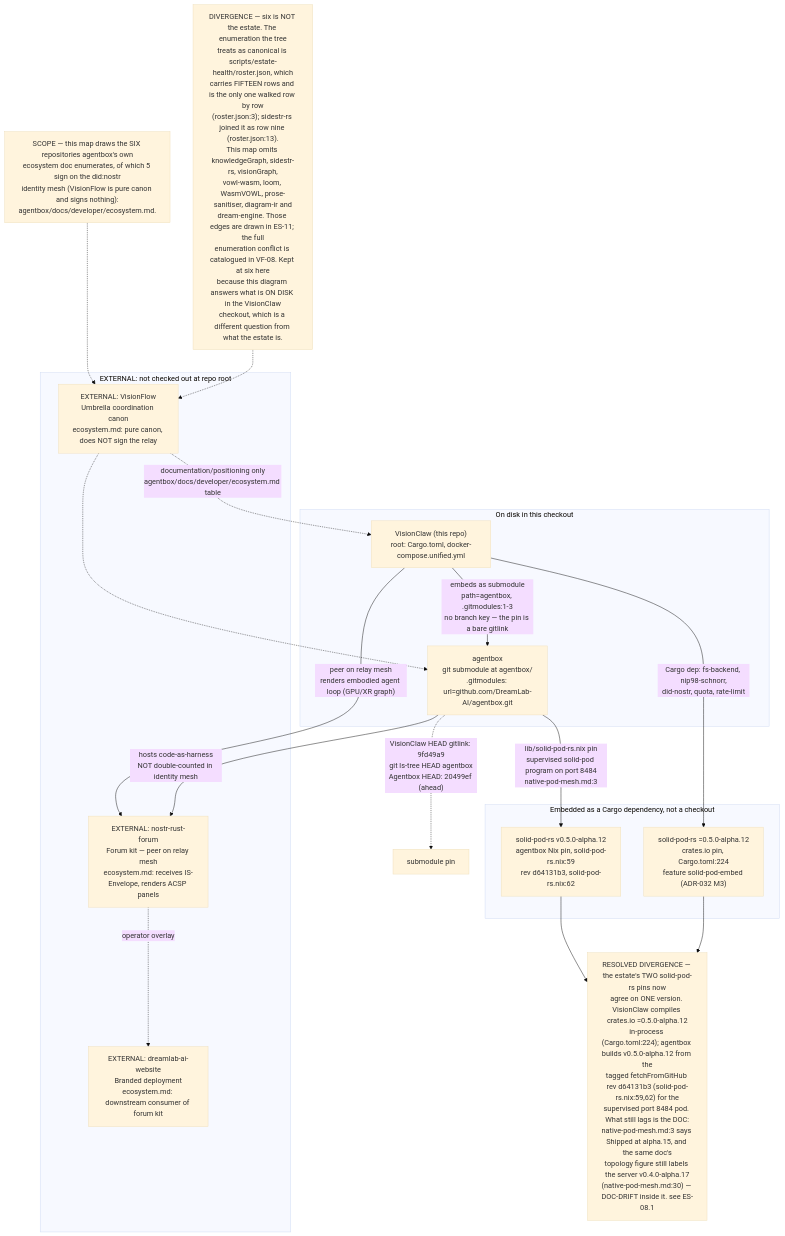
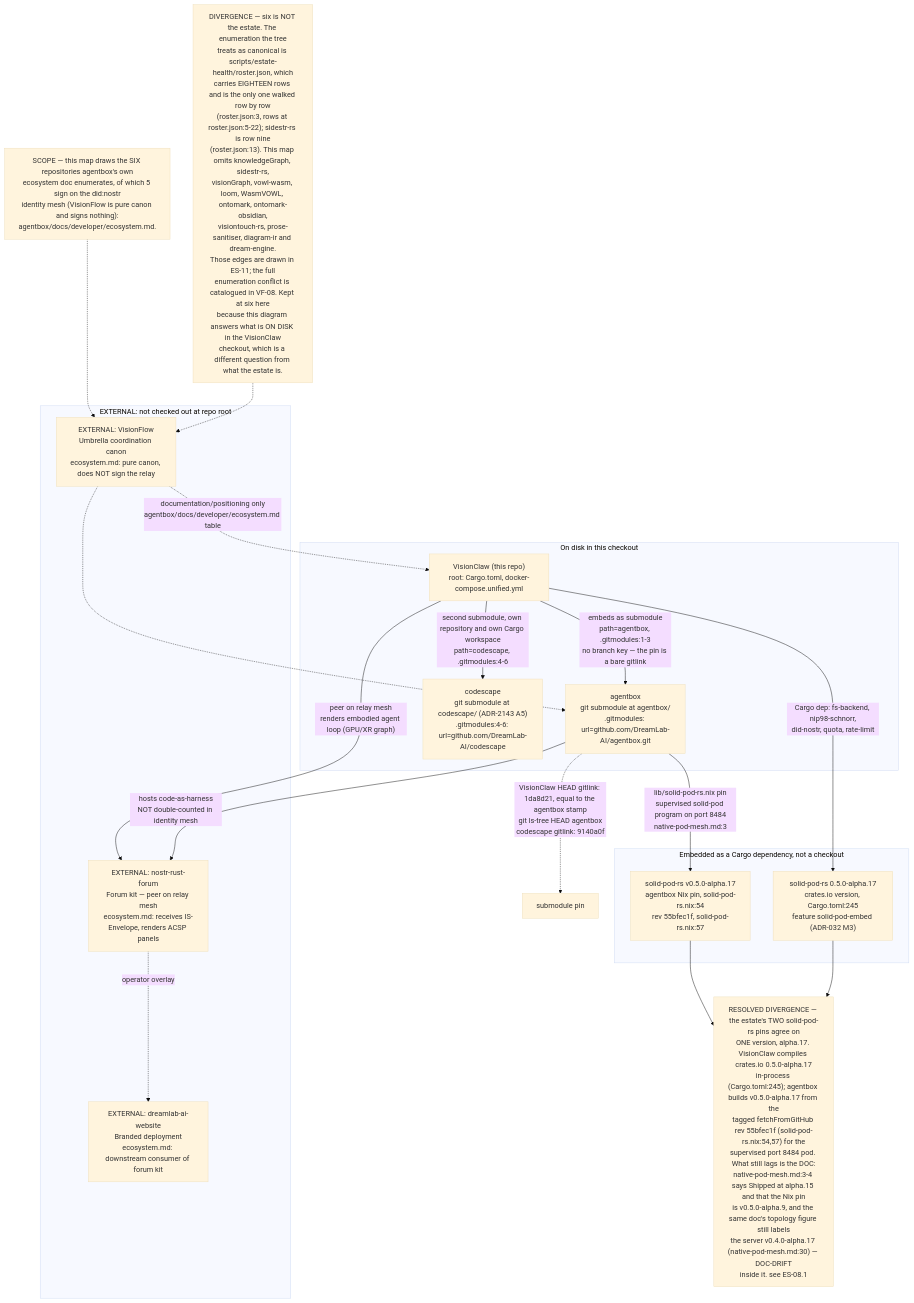
One commit to DreamLab-AI/VisionFlow changed the first of 8 diagrams in docs/diagrams/estate/01-estate-topology.md. Above: the diagram before and after it, drawn with Mermaid (base theme). The commit also changed other lines of this file and 160 other files, not shown here.

````diff
--- a/docs/diagrams/estate/01-estate-topology.md
+++ b/docs/diagrams/estate/01-estate-topology.md
@@ -55,36 +60,38 @@
 ```mermaid
 flowchart TB
     subgraph ONDISK["On disk in this checkout"]
         VC["VisionClaw (this repo)<br/>root: Cargo.toml, docker-compose.unified.yml"]
         AB["agentbox<br/>git submodule at agentbox/<br/>.gitmodules: url=github.com/DreamLab-AI/agentbox.git"]
+        CS["codescape<br/>git submodule at codescape/ (ADR-2143 A5)<br/>.gitmodules:4-6: url=github.com/DreamLab-AI/codescape"]
     end
     VC -->|"embeds as submodule<br/>path=agentbox, .gitmodules:1-3<br/>no branch key — the pin is a bare gitlink"| AB
-    AB -.->|"VisionClaw HEAD gitlink: 9fd49a9<br/>git ls-tree HEAD agentbox<br/>Agentbox HEAD: 20499ef (ahead)"| ABPIN["submodule pin"]
+    VC -->|"second submodule, own repository and own Cargo workspace<br/>path=codescape, .gitmodules:4-6"| CS
+    AB -.->|"VisionClaw HEAD gitlink: 1da8d21, equal to the agentbox stamp<br/>git ls-tree HEAD agentbox<br/>codescape gitlink: 9140a0f"| ABPIN["submodule pin"]
 
     subgraph CRATE["Embedded as a Cargo dependency, not a checkout"]
-        SPR["solid-pod-rs =0.5.0-alpha.12<br/>crates.io pin, Cargo.toml:224<br/>feature solid-pod-embed (ADR-032 M3)"]
-        SPRN["solid-pod-rs v0.5.0-alpha.12<br/>agentbox Nix pin, solid-pod-rs.nix:59<br/>rev d64131b3, solid-pod-rs.nix:62"]
+        SPR["solid-pod-rs 0.5.0-alpha.17<br/>crates.io version, Cargo.toml:245<br/>feature solid-pod-embed (ADR-032 M3)"]
+        SPRN["solid-pod-rs v0.5.0-alpha.17<br/>agentbox Nix pin, solid-pod-rs.nix:54<br/>rev 55bfec1f, solid-pod-rs.nix:57"]
     end
     VC -->|"Cargo dep: fs-backend, nip98-schnorr,<br/>did-nostr, quota, rate-limit"| SPR
     AB -->|"lib/solid-pod-rs.nix pin<br/>supervised solid-pod program on port 8484<br/>native-pod-mesh.md:3"| SPRN
 
-    DIVSP["RESOLVED DIVERGENCE — the estate's TWO solid-pod-rs pins now<br/>agree on ONE version. VisionClaw compiles crates.io =0.5.0-alpha.12<br/>in-process (Cargo.toml:224); agentbox builds v0.5.0-alpha.12 from the<br/>tagged fetchFromGitHub rev d64131b3 (solid-pod-rs.nix:59,62) for the<br/>supervised port 8484 pod. What still lags is the DOC:<br/>native-pod-mesh.md:3 says Shipped at alpha.15, and the same doc's<br/>topology figure still labels the server v0.4.0-alpha.17<br/>(native-pod-mesh.md:30) — DOC-DRIFT inside it. see ES-08.1"]
+    DIVSP["RESOLVED DIVERGENCE — the estate's TWO solid-pod-rs pins agree on<br/>ONE version, alpha.17. VisionClaw compiles crates.io 0.5.0-alpha.17<br/>in-process (Cargo.toml:245); agentbox builds v0.5.0-alpha.17 from the<br/>tagged fetchFromGitHub rev 55bfec1f (solid-pod-rs.nix:54,57) for the<br/>supervised port 8484 pod. What still lags is the DOC:<br/>native-pod-mesh.md:3-4 says Shipped at alpha.15 and that the Nix pin<br/>is v0.5.0-alpha.9, and the same doc's topology figure still labels<br/>the server v0.4.0-alpha.17 (native-pod-mesh.md:30) — DOC-DRIFT<br/>inside it. see ES-08.1"]
     SPRN --> DIVSP
     SPR --> DIVSP
 
     subgraph EXTERNAL1["EXTERNAL: not checked out at repo root"]
         VF["EXTERNAL: VisionFlow<br/>Umbrella coordination canon<br/>ecosystem.md: pure canon, does NOT sign the relay"]
         NRF["EXTERNAL: nostr-rust-forum<br/>Forum kit — peer on relay mesh<br/>ecosystem.md: receives IS-Envelope, renders ACSP panels"]
         DAW["EXTERNAL: dreamlab-ai-website<br/>Branded deployment<br/>ecosystem.md: downstream consumer of forum kit"]
     end
     VC -->|"peer on relay mesh<br/>renders embodied agent loop (GPU/XR graph)"| NRF
     AB -->|"hosts code-as-harness<br/>NOT double-counted in identity mesh"| NRF
     NRF -.->|"operator overlay"| DAW
     VF -.->|"documentation/positioning only<br/>agentbox/docs/developer/ecosystem.md table"| VC
     VF -.-> AB
 
     NOTE1["SCOPE — this map draws the SIX repositories agentbox's own<br/>ecosystem doc enumerates, of which 5 sign on the did:nostr<br/>identity mesh (VisionFlow is pure canon and signs nothing):<br/>agentbox/docs/developer/ecosystem.md."]
-    NOTE2["DIVERGENCE — six is NOT the estate. The enumeration the tree<br/>treats as canonical is scripts/estate-health/roster.json, which<br/>carries FIFTEEN rows and is the only one walked row by row<br/>(roster.json:3); sidestr-rs joined it as row nine (roster.json:13).<br/>This map omits knowledgeGraph, sidestr-rs, visionGraph,<br/>vowl-wasm, loom, WasmVOWL, prose-sanitiser, diagram-ir and<br/>dream-engine. Those edges are drawn in ES-11; the full<br/>enumeration conflict is catalogued in VF-08. Kept at six here<br/>because this diagram answers what is ON DISK in the VisionClaw<br/>checkout, which is a different question from what the estate is."]
+    NOTE2["DIVERGENCE — six is NOT the estate. The enumeration the tree<br/>treats as canonical is scripts/estate-health/roster.json, which<br/>carries EIGHTEEN rows and is the only one walked row by row<br/>(roster.json:3, rows at roster.json:5-22); sidestr-rs is row nine<br/>(roster.json:13). This map omits knowledgeGraph, sidestr-rs,<br/>visionGraph, vowl-wasm, loom, WasmVOWL, ontomark, ontomark-obsidian,<br/>visiontouch-rs, prose-sanitiser, diagram-ir and dream-engine.<br/>Those edges are drawn in ES-11; the full<br/>enumeration conflict is catalogued in VF-08. Kept at six here<br/>because this diagram answers what is ON DISK in the VisionClaw<br/>checkout, which is a different question from what the estate is."]
     NOTE1 -.-> VF
     NOTE2 -.-> VF
 ```
````
